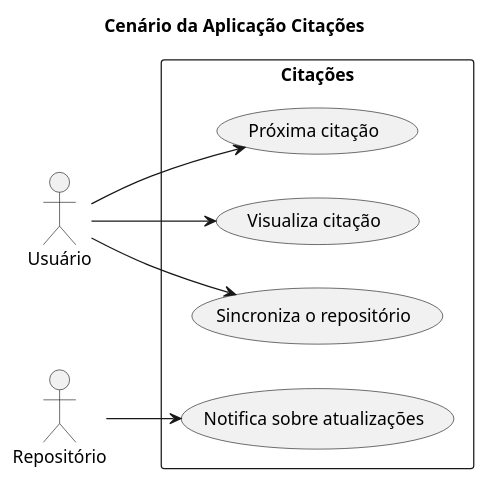
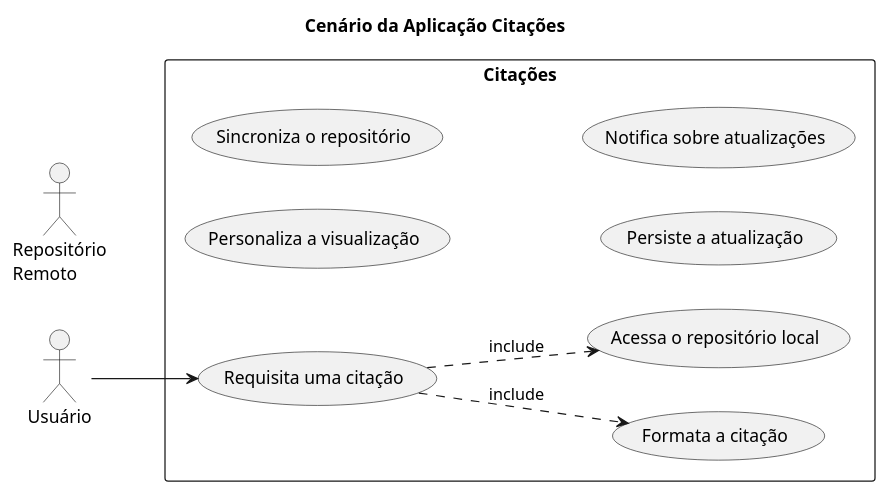
One commit to mdssjc/citacoes-old changed the diagram in project/use-case diagram.puml. Above: the diagram before and after it, drawn with PlantUML.

Commit message:
Atualização no cenário.

```diff
--- a/project/use-case diagram.puml
+++ b/project/use-case diagram.puml
@@ -1,27 +1,29 @@
 @startuml
 
 title Cenário da Aplicação Citações
 left to right direction
 
 ' Atores
 '
-actor :Usuário:     as u1
-actor :Repositório: as u2
+actor :Usuário:              as u1
+actor :Repositório\nRemoto:  as u2
 
 ' Casos de Uso
 '
 rectangle Citações {
-  usecase (Próxima citação)              as uc1
-  usecase (Visualiza citação)            as uc2
-  usecase (Sincroniza o repositório)     as uc3
-  usecase (Notifica sobre atualizações)  as uc4
+  usecase (Requisita uma citação)        as uc1
+  usecase (Formata a citação)            as uc2
+  usecase (Acessa o repositório local)   as uc3
+  usecase (Personaliza a visualização)   as uc4
+  usecase (Sincroniza o repositório)     as uc5
+  usecase (Persiste a atualização)       as uc6
+  usecase (Notifica sobre atualizações)  as uc7
 }
 
 ' Interação
 '
 u1 --> uc1
-u1 --> uc2
-u1 --> uc3
-u2 --> uc4
+uc1 ..> uc2 : include
+uc1 ..> uc3 : include
 
 @enduml
```
